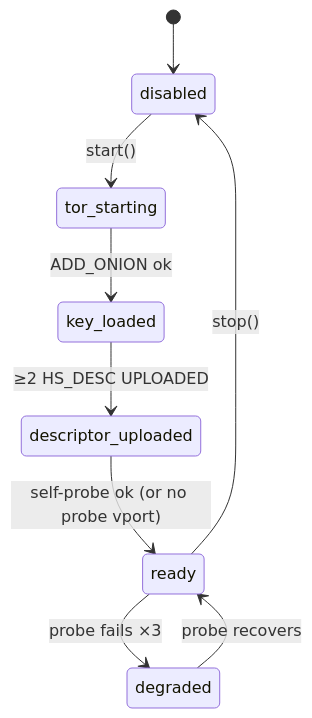
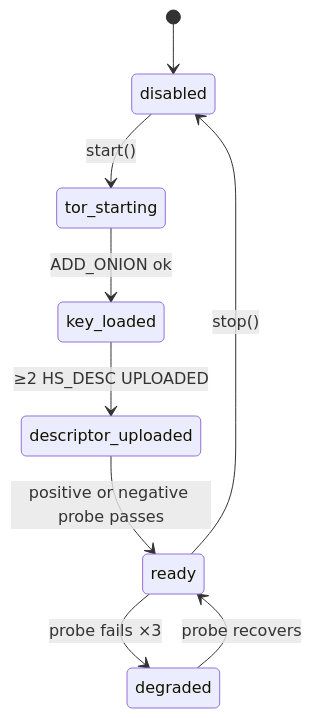
Before and after one commit to bigdestiny2/P2P-Hiverelay: the fourth of 5 diagrams in docs/TOR-ONION-TRANSPORT.md, drawn with Mermaid. The commit also changed other lines of this file and 71 other files, not shown here.

````diff
--- a/docs/TOR-ONION-TRANSPORT.md
+++ b/docs/TOR-ONION-TRANSPORT.md
@@ -115,11 +107,11 @@
 ```mermaid
 stateDiagram-v2
   [*] --> disabled
   disabled --> tor_starting: start()
   tor_starting --> key_loaded: ADD_ONION ok
   key_loaded --> descriptor_uploaded: ≥2 HS_DESC UPLOADED
-  descriptor_uploaded --> ready: self-probe ok (or no probe vport)
+  descriptor_uploaded --> ready: positive or negative probe passes
   ready --> degraded: probe fails ×3
   degraded --> ready: probe recovers
   ready --> disabled: stop()
 ```
````
